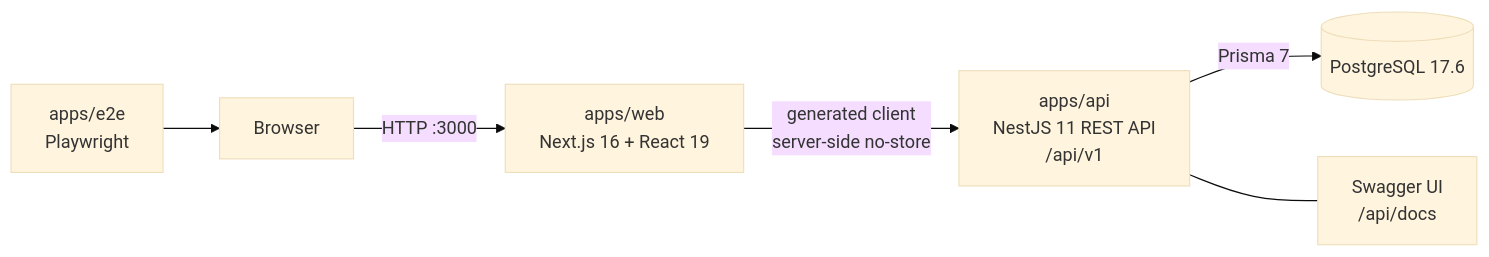
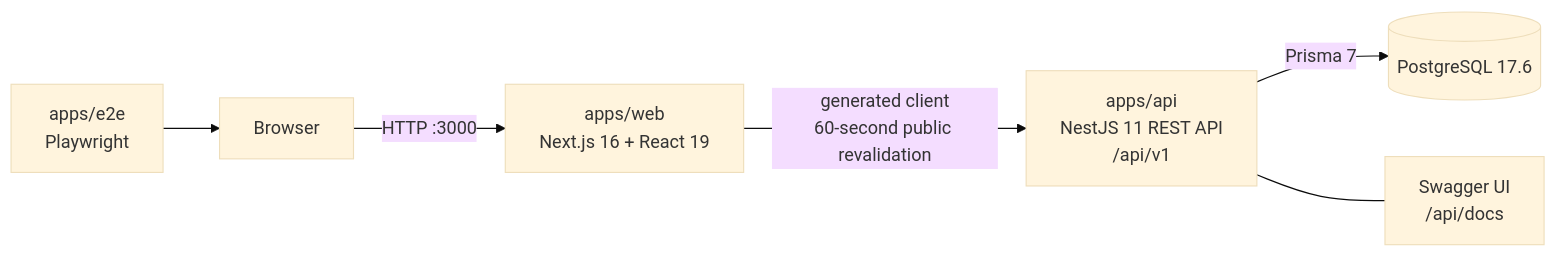
Before and after one commit to ferbert-dev/hop-and-barley-store: the first of 2 diagrams in README.md, drawn with Mermaid (base theme). The commit also changed other lines of this file and 82 other files, not shown here.

````diff
--- a/README.md
+++ b/README.md
@@ -34,8 +35,8 @@
 ```mermaid
 flowchart LR
     Browser["Browser"] -->|"HTTP :3000"| Web["apps/web<br/>Next.js 16 + React 19"]
-    Web -->|"generated client<br/>server-side no-store"| API["apps/api<br/>NestJS 11 REST API<br/>/api/v1"]
+    Web -->|"generated client<br/>60-second public revalidation"| API["apps/api<br/>NestJS 11 REST API<br/>/api/v1"]
     API -->|"Prisma 7"| DB[("PostgreSQL 17.6")]
     API --- Docs["Swagger UI<br/>/api/docs"]
     E2E["apps/e2e<br/>Playwright"] --> Browser
 ```
````
